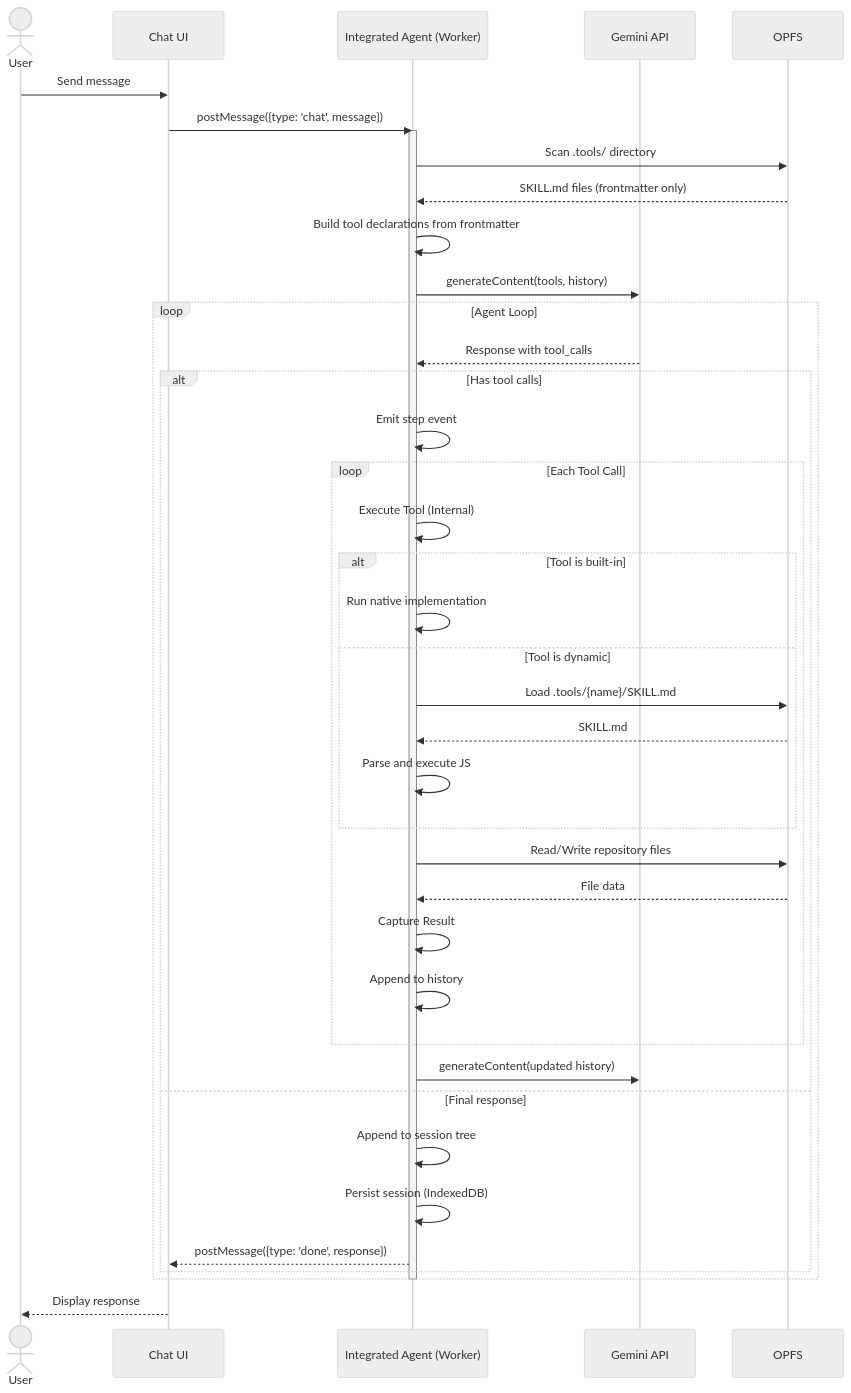
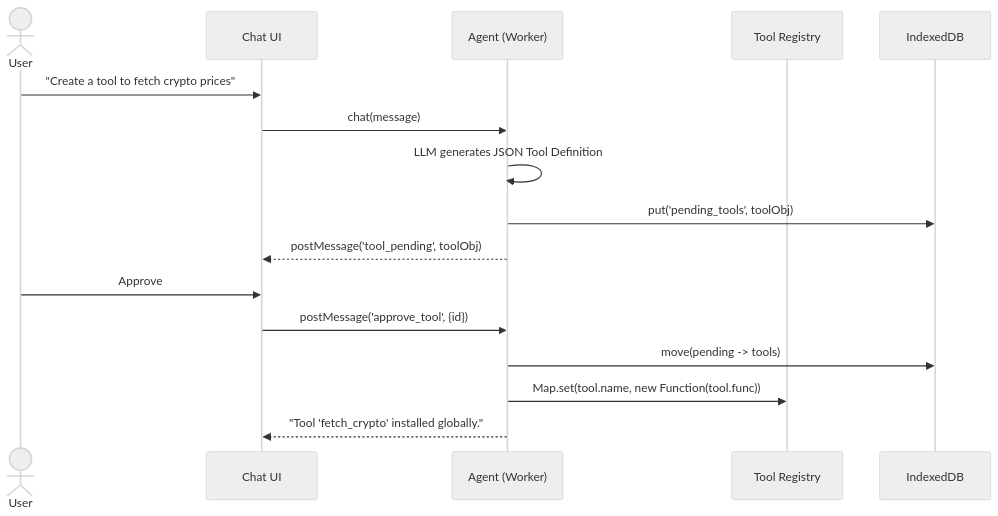
One commit to weolopez/aarchie-aardvark changed the third of 4 diagrams in ARCHITECTURE.md. Above: the diagram before and after it, drawn with Mermaid (neutral theme). The commit also changed other lines of this file and 2 other files, not shown here.

````diff
--- a/ARCHITECTURE.md
+++ b/ARCHITECTURE.md
@@ -325,54 +230,24 @@
 ```mermaid
 sequenceDiagram
     actor User
     participant UI as Chat UI
-    participant Agent as Integrated Agent (Worker)
-    participant LLM as Gemini API
-    participant OPFS as OPFS
+    participant Agent as Agent (Worker)
+    participant Registry as Tool Registry
+    participant DB as IndexedDB
     
-    User->>UI: Send message
+    User->>UI: "Create a tool to fetch crypto prices"
+    UI->>Agent: chat(message)
     
-    UI->>Agent: postMessage({type: 'chat', message})
-    activate Agent
+    Agent->>Agent: LLM generates JSON Tool Definition
+    Agent->>DB: put('pending_tools', toolObj)
     
-    Agent->>OPFS: Scan .tools/ directory
-    OPFS-->>Agent: SKILL.md files (frontmatter only)
+    Agent-->>UI: postMessage('tool_pending', toolObj)
     
-    Agent->>Agent: Build tool declarations from frontmatter
-    Agent->>LLM: generateContent(tools, history)
+    User->>UI: Approve
+    UI->>Agent: postMessage('approve_tool', {id})
     
-    loop Agent Loop
-        LLM-->>Agent: Response with tool_calls
-        
-        alt Has tool calls
-            Agent->>Agent: Emit step event
-            
-            loop Each Tool Call
-                Agent->>Agent: Execute Tool (Internal)
-                
-                alt Tool is built-in
-                    Agent->>Agent: Run native implementation
-                else Tool is dynamic
-                    Agent->>OPFS: Load .tools/{name}/SKILL.md
-                    OPFS-->>Agent: SKILL.md
-                    Agent->>Agent: Parse and execute JS
-                end
-                
-                Agent->>OPFS: Read/Write repository files
-                OPFS-->>Agent: File data
-                
-                Agent->>Agent: Capture Result
-                Agent->>Agent: Append to history
-            end
-            
-            Agent->>LLM: generateContent(updated history)
-        else Final response
-            Agent->>Agent: Append to session tree
-            Agent->>Agent: Persist session (IndexedDB)
-            Agent-->>UI: postMessage({type: 'done', response})
-        end
-    end
-    deactivate Agent
+    Agent->>DB: move(pending -> tools)
+    Agent->>Registry: Map.set(tool.name, new Function(tool.func))
     
-    UI-->>User: Display response
+    Agent-->>UI: "Tool 'fetch_crypto' installed globally."
 ```
````
